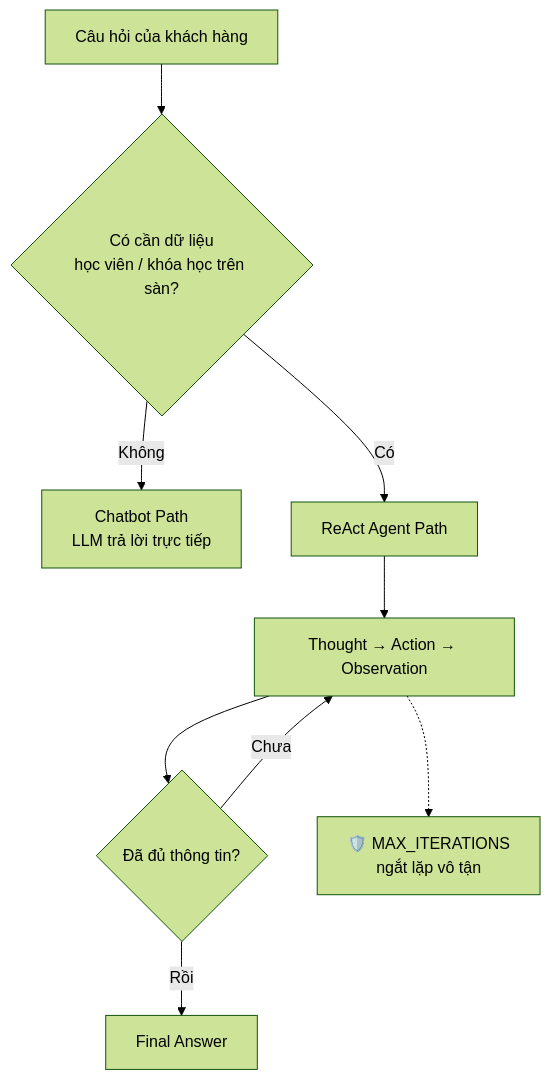
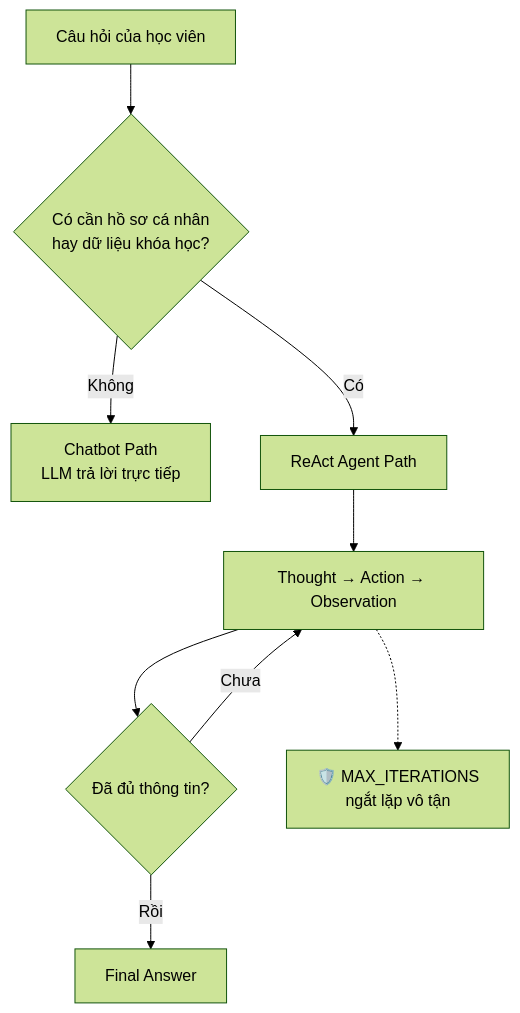
The diagram in docs/hybrid_flowchart.mermaid (huylq-at-work/Day03-2A202601821-LeQuangHuy), drawn with Mermaid (forest theme) before and after one commit. The commit also changed 2 other files, not shown here.

```diff
--- a/docs/hybrid_flowchart.mermaid
+++ b/docs/hybrid_flowchart.mermaid
@@ -1,9 +1,9 @@
 flowchart TD
-    A[Câu hỏi của khách hàng] --> B{Có cần dữ liệu<br/>học viên / khóa học trên sàn?}
+    A[Câu hỏi của học viên] --> B{Có cần hồ sơ cá nhân<br/>hay dữ liệu khóa học?}
     B -- Không --> C[Chatbot Path<br/>LLM trả lời trực tiếp]
     B -- Có --> D[ReAct Agent Path]
     D --> E[Thought → Action → Observation]
     E --> F{Đã đủ thông tin?}
     F -- Chưa --> E
     F -- Rồi --> G[Final Answer]
     E -.-> H[🛡️ MAX_ITERATIONS<br/>ngắt lặp vô tận]
```
